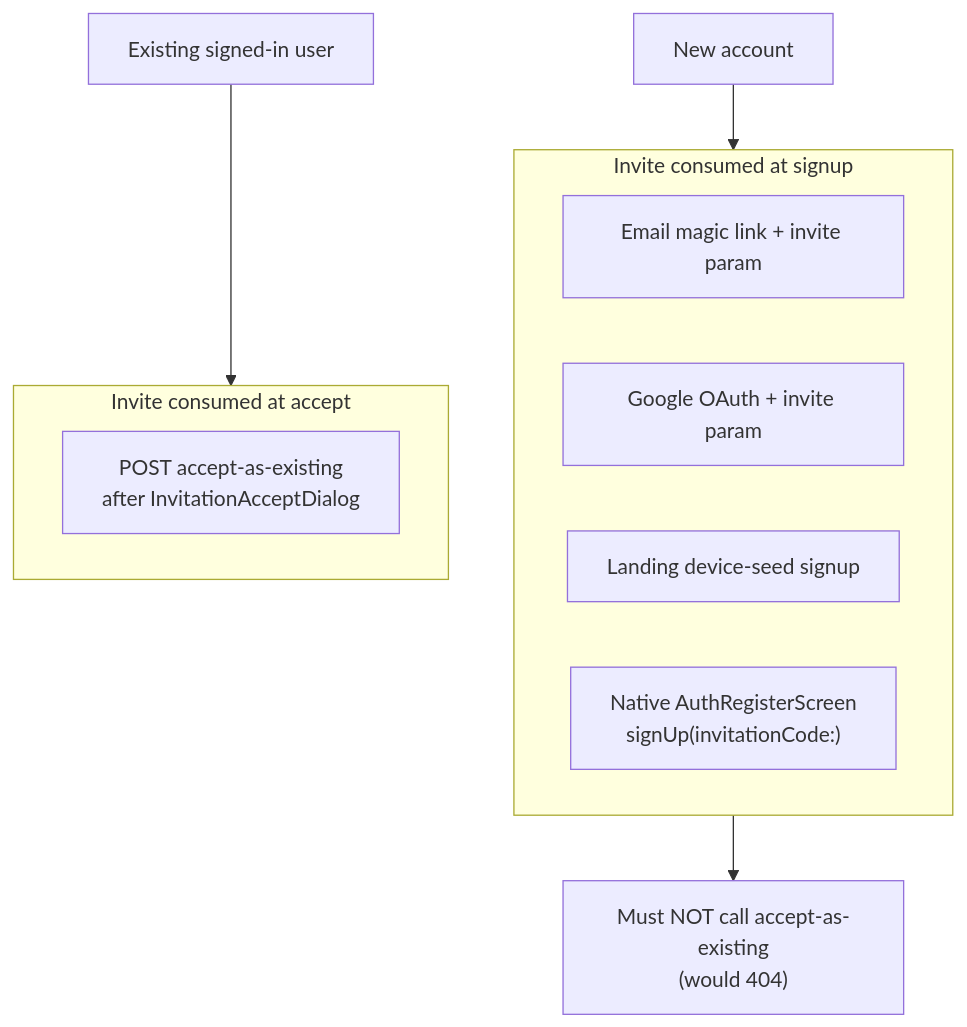
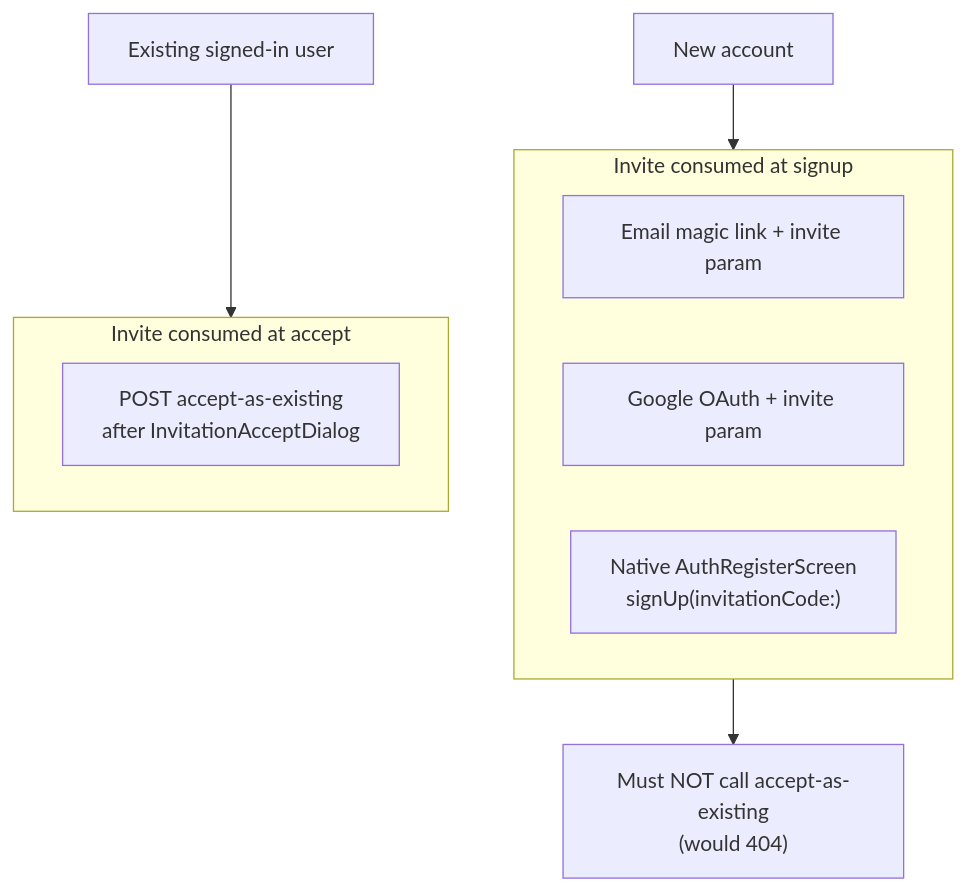
Before and after one commit to Intersubjective/tentura: the fourth of 4 diagrams in docs/invite-signup-landing-flow.md, drawn with Mermaid. The commit also changed other lines of this file and 2 other files, not shown here.

First line of the commit message:
docs(auth): sync invite onboarding plan and landing flowcharts with shipped state.

````diff
--- a/docs/invite-signup-landing-flow.md
+++ b/docs/invite-signup-landing-flow.md
@@ -248,18 +275,17 @@
 ```mermaid
 flowchart TD
   subgraph consumeAtSignup["Invite consumed at signup"]
     email["Email magic link + invite param"]
     google["Google OAuth + invite param"]
-    seed["Landing device-seed signup"]
     nativeReg["Native AuthRegisterScreen<br/>signUp(invitationCode:)"]
   end
 
   subgraph consumeAtAccept["Invite consumed at accept"]
     accept["POST accept-as-existing<br/>after InvitationAcceptDialog"]
   end
 
   newUser["New account"] --> consumeAtSignup
   existingUser["Existing signed-in user"] --> consumeAtAccept
 
   consumeAtSignup --> neverAccept["Must NOT call accept-as-existing<br/>(would 404)"]
 ```
````
